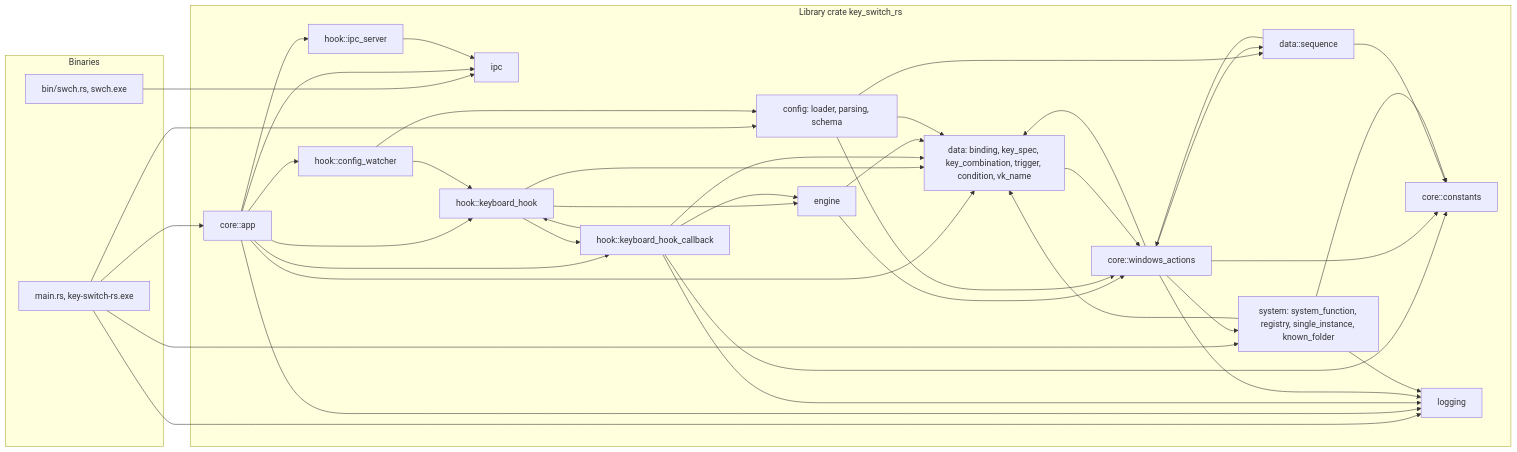
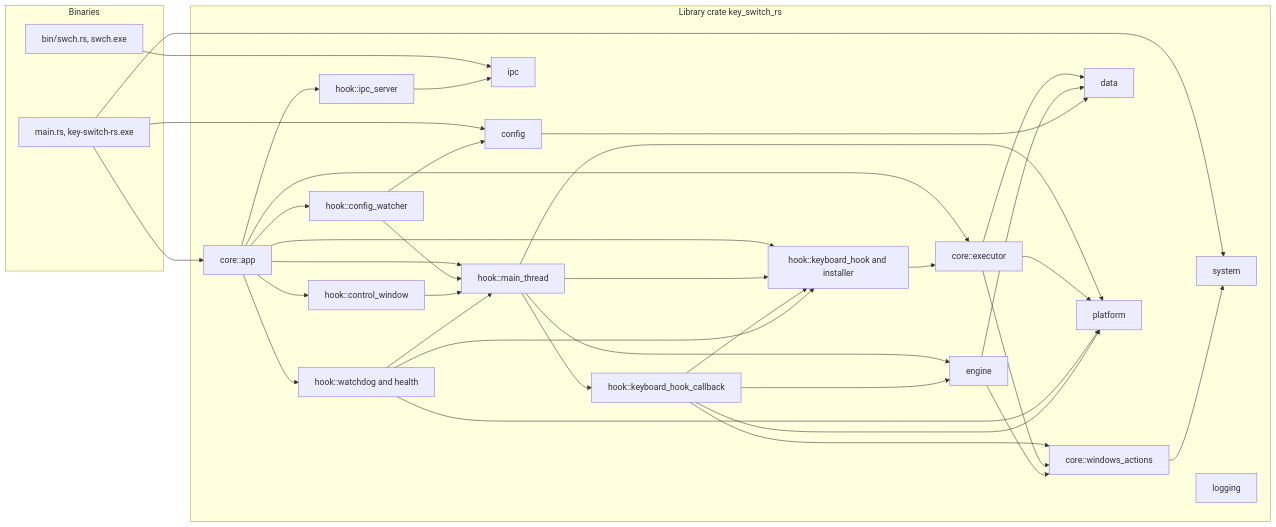
One commit to bluesteelll/key-switch-rs changed the first of 7 diagrams in book/src/architecture.md. Above: the diagram before and after it, drawn with Mermaid. The commit also changed other lines of this file and 20 other files, not shown here.

````diff
--- a/book/src/architecture.md
+++ b/book/src/architecture.md
@@ -34,62 +35,60 @@
 ```mermaid
 flowchart LR
     subgraph BINS["Binaries"]
         MAINRS["main.rs, key-switch-rs.exe"]
         SWCH["bin/swch.rs, swch.exe"]
     end
     subgraph LIB["Library crate key_switch_rs"]
         APP["core::app"]
+        EXE["core::executor"]
         ACT["core::windows_actions"]
-        CONST["core::constants"]
-        CFG["config: loader, parsing, schema"]
+        CFG["config"]
         IPCP["ipc"]
         IPCS["hook::ipc_server"]
         WATCH["hook::config_watcher"]
-        KH["hook::keyboard_hook"]
+        MAINT["hook::main_thread"]
+        KH["hook::keyboard_hook and installer"]
         CB["hook::keyboard_hook_callback"]
+        CW["hook::control_window"]
+        WD["hook::watchdog and health"]
         ENG["engine"]
-        DATA["data: binding, key_spec, key_combination, trigger, condition, vk_name"]
-        SEQ["data::sequence"]
-        SYS["system: system_function, registry, single_instance, known_folder"]
+        DATA["data"]
+        PLAT["platform"]
+        SYS["system"]
         LOGM["logging"]
     end
     MAINRS --> CFG
     MAINRS --> APP
     MAINRS --> SYS
-    MAINRS --> LOGM
     SWCH --> IPCP
+    APP --> MAINT
     APP --> KH
-    APP --> CB
+    APP --> EXE
+    APP --> CW
+    APP --> WD
     APP --> IPCS
     APP --> WATCH
-    APP --> IPCP
-    APP --> DATA
-    APP --> LOGM
     IPCS --> IPCP
     WATCH --> CFG
-    WATCH --> KH
-    KH --> ENG
-    KH --> CB
-    KH --> DATA
+    WATCH --> MAINT
+    MAINT --> ENG
+    MAINT --> CB
+    MAINT --> KH
+    CB --> ENG
+    CB --> ACT
     CB --> KH
-    CB --> ENG
-    CB --> CONST
-    CB --> DATA
-    CB --> LOGM
+    CW --> MAINT
+    WD --> MAINT
+    WD --> KH
+    KH --> EXE
+    EXE --> ACT
+    EXE --> DATA
     ENG --> DATA
     ENG --> ACT
     CFG --> DATA
-    CFG --> ACT
-    CFG --> SEQ
-    DATA --> ACT
-    ACT --> DATA
-    ACT --> SEQ
-    ACT --> LOGM
-    SEQ --> ACT
     ACT --> SYS
-    ACT --> CONST
-    SEQ --> CONST
-    SYS --> CONST
-    SYS --> DATA
-    SYS --> LOGM
+    MAINT --> PLAT
+    EXE --> PLAT
+    WD --> PLAT
+    CB --> PLAT
 ```
````
